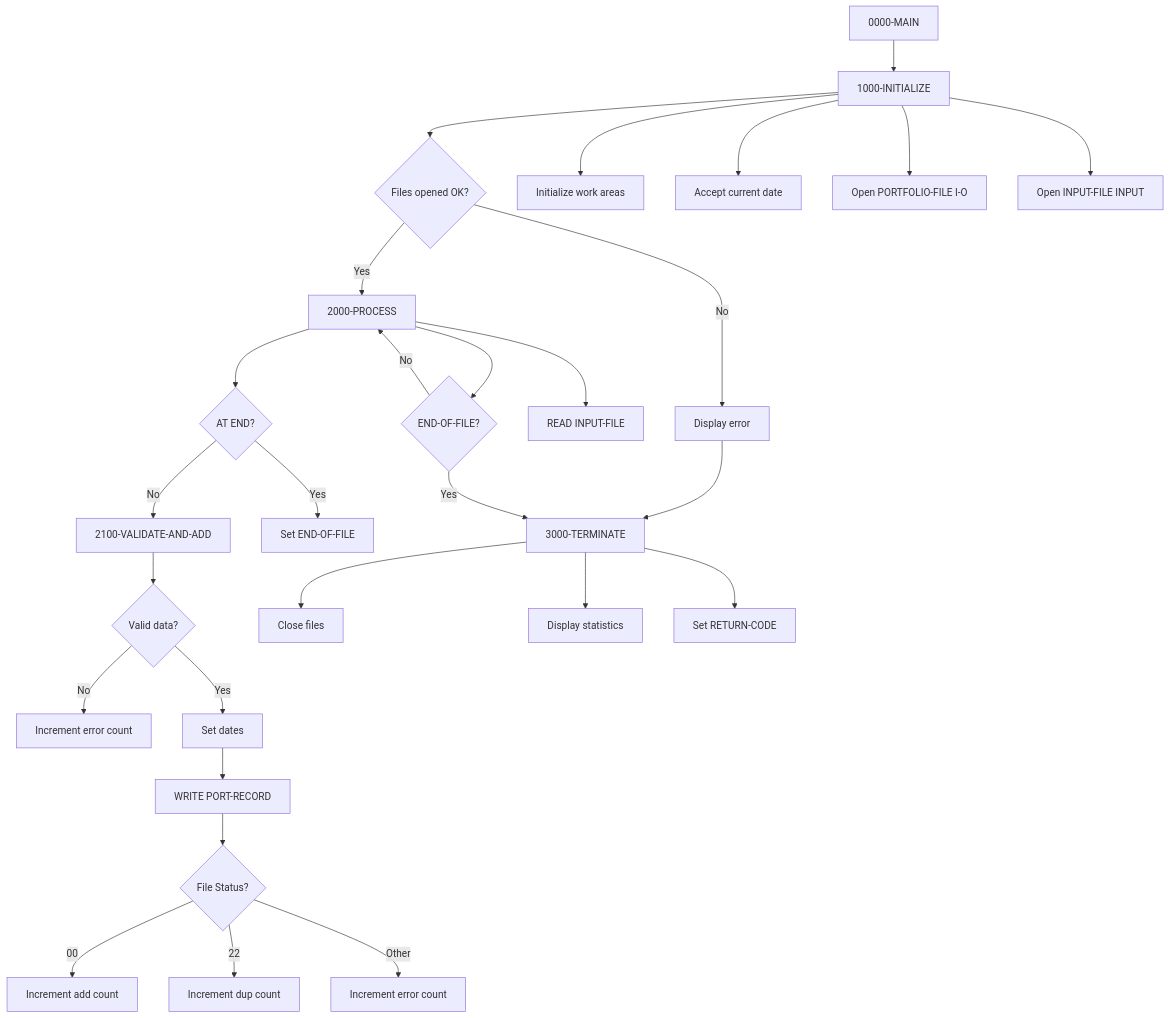
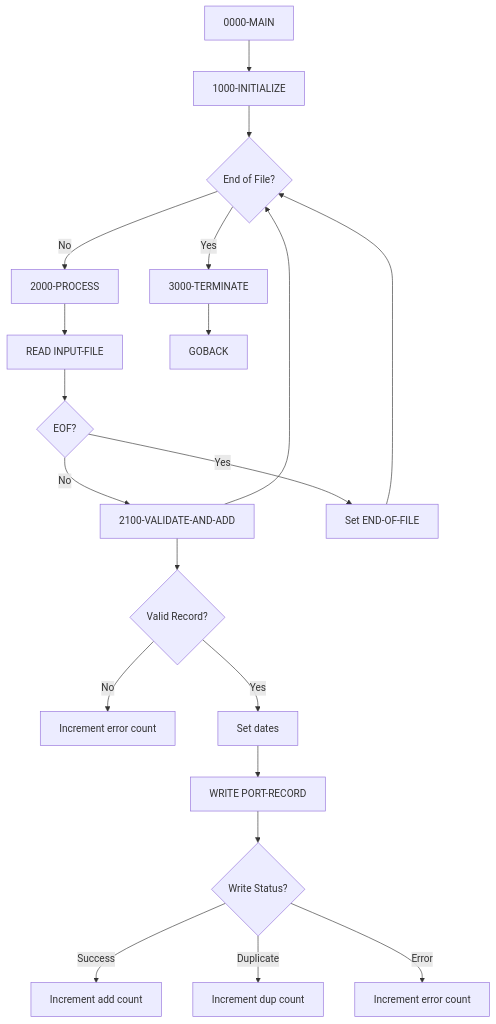
The diagram in docs/programs/PORTADD.mdx (haladir-com/legacy-benchmark-docs-vb70e1), drawn with Mermaid before and after one commit. The commit also changed other lines of this file and 63 other files, not shown here.

````diff
--- a/docs/programs/PORTADD.mdx
+++ b/docs/programs/PORTADD.mdx
@@ -16,34 +16,23 @@
 ```mermaid
 graph TD
     A[0000-MAIN] --> B[1000-INITIALIZE]
-    B --> C{Files opened OK?}
-    C -->|No| D[Display error]
-    D --> E[3000-TERMINATE]
-    C -->|Yes| F[2000-PROCESS]
-    F --> G{END-OF-FILE?}
-    G -->|No| F
-    G -->|Yes| E
+    B --> C{End of File?}
+    C -->|No| D[2000-PROCESS]
+    D --> E[READ INPUT-FILE]
+    E --> F{EOF?}
+    F -->|No| G[2100-VALIDATE-AND-ADD]
+    G --> C
+    F -->|Yes| H[Set END-OF-FILE]
+    H --> C
+    C -->|Yes| I[3000-TERMINATE]
+    I --> J[GOBACK]
     
-    B --> B1[Initialize work areas]
-    B --> B2[Accept current date]
-    B --> B3[Open PORTFOLIO-FILE I-O]
-    B --> B4[Open INPUT-FILE INPUT]
-    
-    F --> F1[READ INPUT-FILE]
-    F --> F2{AT END?}
-    F2 -->|Yes| F3[Set END-OF-FILE]
-    F2 -->|No| F4[2100-VALIDATE-AND-ADD]
-    
-    F4 --> V1{Valid data?}
-    V1 -->|No| V2[Increment error count]
-    V1 -->|Yes| V3[Set dates]
-    V3 --> V4[WRITE PORT-RECORD]
-    V4 --> V5{File Status?}
-    V5 -->|00| V6[Increment add count]
-    V5 -->|22| V7[Increment dup count]
-    V5 -->|Other| V8[Increment error count]
-    
-    E --> E1[Close files]
-    E --> E2[Display statistics]
-    E --> E3[Set RETURN-CODE]
+    G --> G1{Valid Record?}
+    G1 -->|No| G2[Increment error count]
+    G1 -->|Yes| G3[Set dates]
+    G3 --> G4[WRITE PORT-RECORD]
+    G4 --> G5{Write Status?}
+    G5 -->|Success| G6[Increment add count]
+    G5 -->|Duplicate| G7[Increment dup count]
+    G5 -->|Error| G8[Increment error count]
 ```
````
